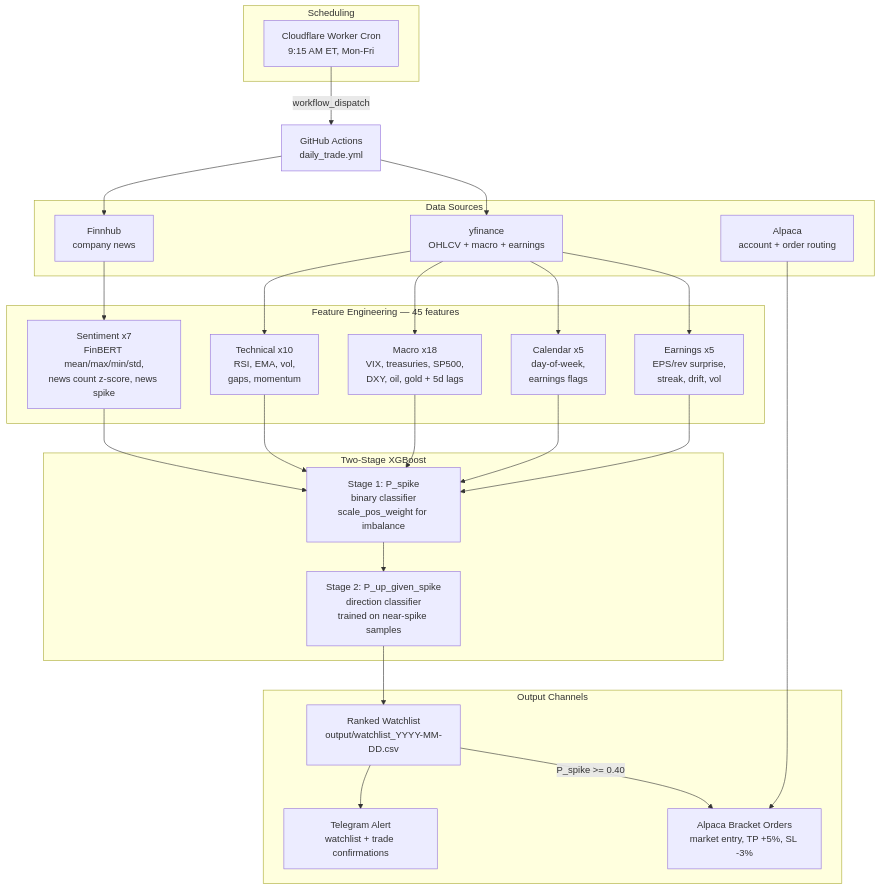
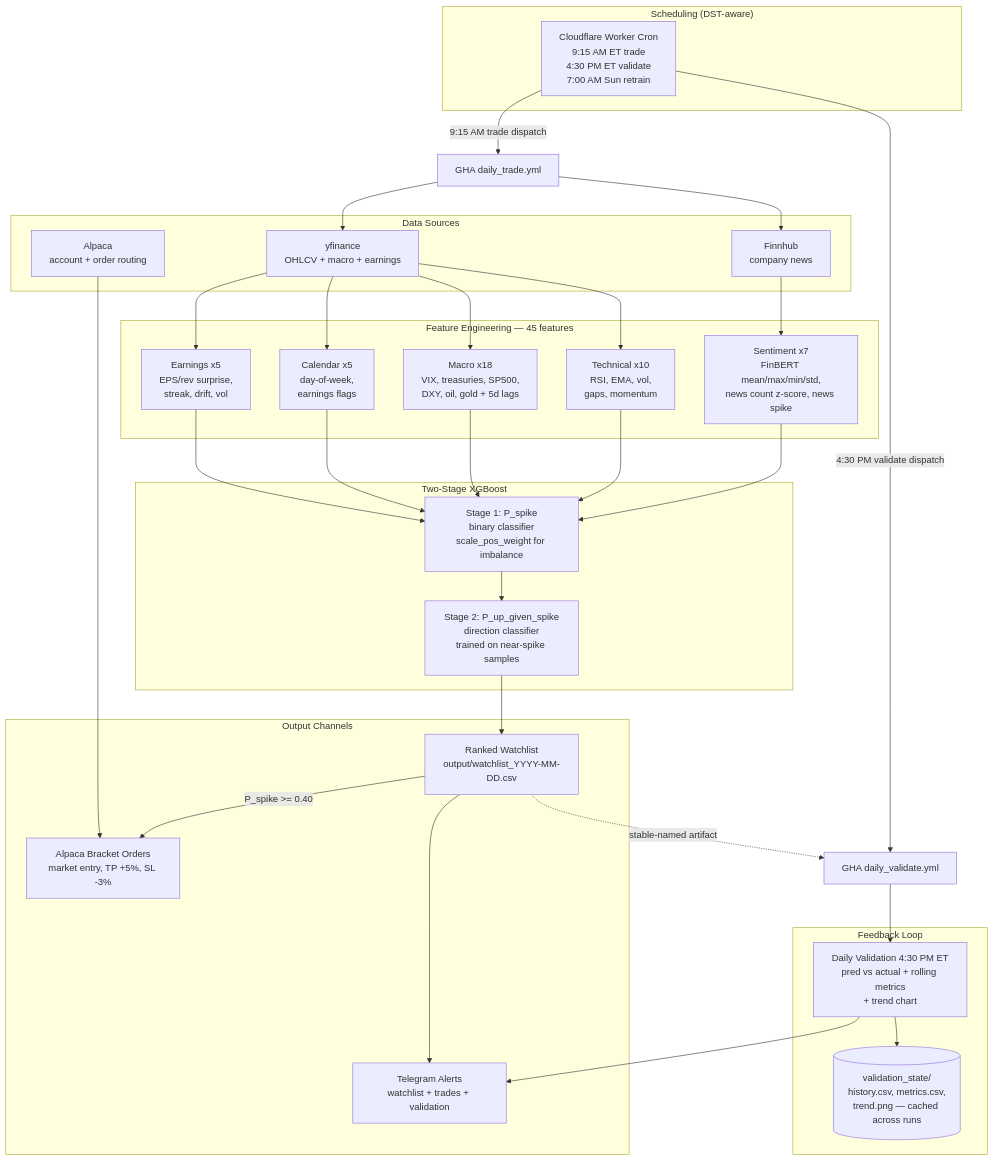
The diagram in README.md (theclickbaiter1/Spike-Predictor), drawn with Mermaid before and after one commit. The commit also changed other lines of this file and 4 other files, not shown here.

First line of the commit message:
daily_validate: post-market pred-vs-actual with rolling metrics + trend chart

````diff
--- a/README.md
+++ b/README.md
@@ -23,50 +23,60 @@
 ```mermaid
 flowchart TB
-    subgraph Schedule["Scheduling"]
-        CF[Cloudflare Worker Cron<br/>9:15 AM ET, Mon-Fri]
+    subgraph Schedule["Scheduling (DST-aware)"]
+        CF[Cloudflare Worker Cron<br/>9:15 AM ET trade<br/>4:30 PM ET validate<br/>7:00 AM Sun retrain]
     end
 
     subgraph Ingest["Data Sources"]
         FH[Finnhub<br/>company news]
         YF[yfinance<br/>OHLCV + macro + earnings]
         AL[Alpaca<br/>account + order routing]
     end
 
     subgraph Features["Feature Engineering — 45 features"]
         SEN[Sentiment x7<br/>FinBERT mean/max/min/std,<br/>news count z-score, news spike]
         TECH[Technical x10<br/>RSI, EMA, vol,<br/>gaps, momentum]
         MACRO[Macro x18<br/>VIX, treasuries, SP500,<br/>DXY, oil, gold + 5d lags]
         CAL[Calendar x5<br/>day-of-week,<br/>earnings flags]
         EARN[Earnings x5<br/>EPS/rev surprise,<br/>streak, drift, vol]
     end
 
     subgraph Model["Two-Stage XGBoost"]
         S1[Stage 1: P_spike<br/>binary classifier<br/>scale_pos_weight for imbalance]
         S2[Stage 2: P_up_given_spike<br/>direction classifier<br/>trained on near-spike samples]
     end
 
     subgraph Output["Output Channels"]
         WL[Ranked Watchlist<br/>output/watchlist_YYYY-MM-DD.csv]
-        TG[Telegram Alert<br/>watchlist + trade confirmations]
+        TG[Telegram Alerts<br/>watchlist + trades + validation]
         ORD[Alpaca Bracket Orders<br/>market entry, TP +5%, SL -3%]
     end
 
-    CF -->|workflow_dispatch| GHA[GitHub Actions<br/>daily_trade.yml]
-    GHA --> FH
-    GHA --> YF
+    subgraph Feedback["Feedback Loop"]
+        VAL[Daily Validation 4:30 PM ET<br/>pred vs actual + rolling metrics<br/>+ trend chart]
+        HIST[(validation_state/<br/>history.csv, metrics.csv,<br/>trend.png — cached across runs)]
+    end
+
+    CF -->|9:15 AM trade dispatch| GTRADE[GHA daily_trade.yml]
+    CF -->|4:30 PM validate dispatch| GVAL[GHA daily_validate.yml]
+    GTRADE --> FH
+    GTRADE --> YF
     FH --> SEN
     YF --> TECH
     YF --> MACRO
     YF --> CAL
     YF --> EARN
     SEN --> S1
     TECH --> S1
     MACRO --> S1
     CAL --> S1
     EARN --> S1
     S1 --> S2
     S2 --> WL
     WL --> TG
     WL -->|P_spike >= 0.40| ORD
     AL --> ORD
+    WL -.->|stable-named artifact| GVAL
+    GVAL --> VAL
+    VAL --> HIST
+    VAL --> TG
 ```
````
